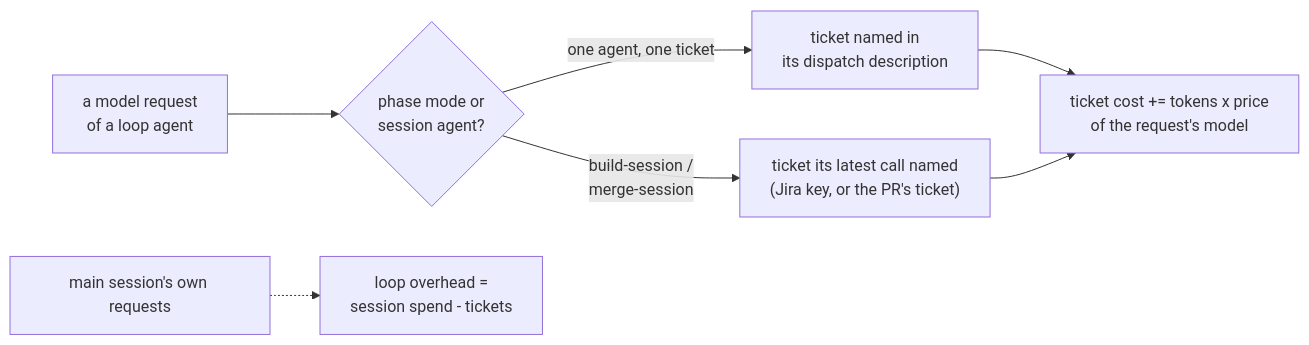
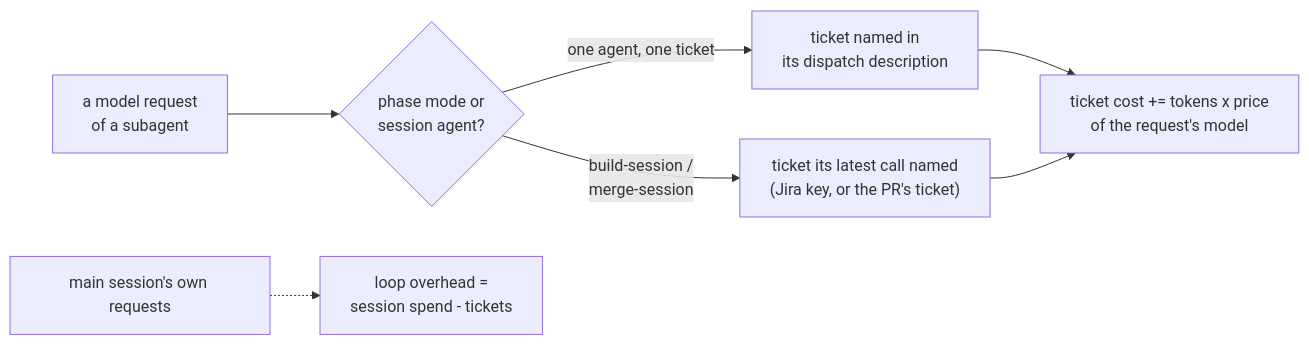
One commit to cedricfarinazzo/agile-skills changed the diagram in agile-mods/docs/console.md. Above: the diagram before and after it, drawn with Mermaid.

Commit message:
docs(mods): the cost diagram says subagent
Claude-Session: https://claude.ai/code/session_01YY4LBe8FNnPqt39yWnZXoy

````diff
--- a/agile-mods/docs/console.md
+++ b/agile-mods/docs/console.md
@@ -63,9 +63,9 @@
 ```mermaid
 flowchart LR
-  R["a model request<br/>of a loop agent"] --> P{"phase mode or<br/>session agent?"}
+  R["a model request<br/>of a subagent"] --> P{"phase mode or<br/>session agent?"}
   P -- "one agent, one ticket" --> D["ticket named in<br/>its dispatch description"]
   P -- "build-session /<br/>merge-session" --> C["ticket its latest call named<br/>(Jira key, or the PR's ticket)"]
   D --> T["ticket cost += tokens x price<br/>of the request's model"]
   C --> T
   M["main session's own requests"] -.-> O["loop overhead =<br/>session spend - tickets"]
 ```
````
